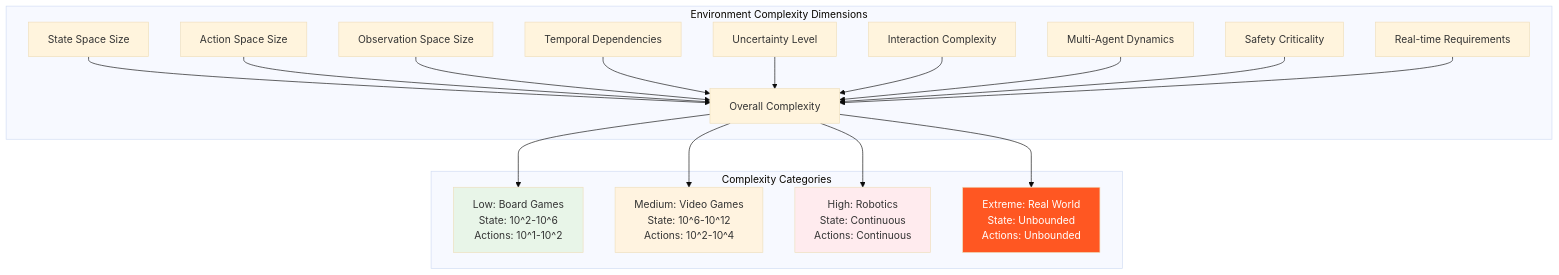
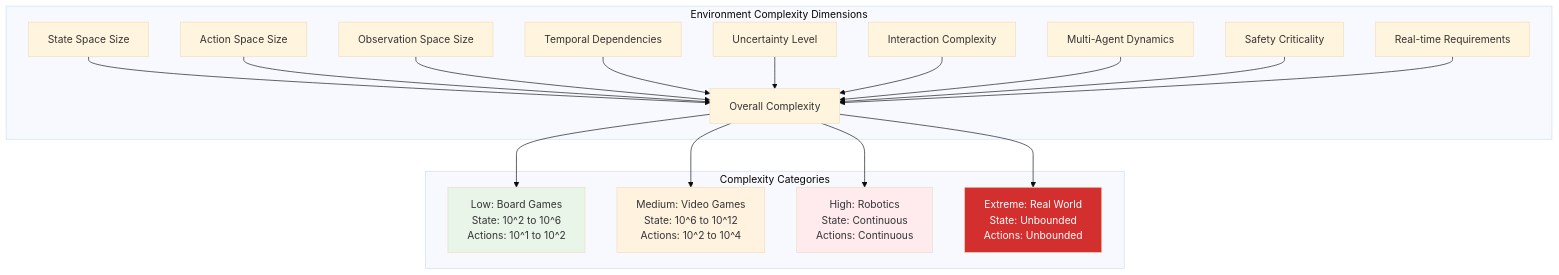
Before and after one commit to abstracted-m7/Data-Science: diagram 15 of 16 in Hand-Notes/Theory-AI-Basics/Environments/README.md, drawn with Mermaid (base theme). The commit also changed other lines of this file, not shown here.

````diff
--- a/Hand-Notes/Theory-AI-Basics/Environments/README.md
+++ b/Hand-Notes/Theory-AI-Basics/Environments/README.md
@@ -644,32 +644,32 @@
 ```mermaid
 graph TB
     subgraph "Environment Complexity Dimensions"
         A[State Space Size] --> F[Overall Complexity]
         B[Action Space Size] --> F
         C[Observation Space Size] --> F
         D[Temporal Dependencies] --> F
         E[Uncertainty Level] --> F
         
         G[Interaction Complexity] --> F
         H[Multi-Agent Dynamics] --> F
         I[Safety Criticality] --> F
         J[Real-time Requirements] --> F
     end
     
     subgraph "Complexity Categories"
-        K[Low: Board Games<br/>State: 10^2-10^6<br/>Actions: 10^1-10^2]
-        L[Medium: Video Games<br/>State: 10^6-10^12<br/>Actions: 10^2-10^4]
+        K[Low: Board Games<br/>State: 10^2 to 10^6<br/>Actions: 10^1 to 10^2]
+        L[Medium: Video Games<br/>State: 10^6 to 10^12<br/>Actions: 10^2 to 10^4]
         M[High: Robotics<br/>State: Continuous<br/>Actions: Continuous]
         N[Extreme: Real World<br/>State: Unbounded<br/>Actions: Unbounded]
     end
     
     F --> K
     F --> L
     F --> M
     F --> N
     
     style K fill:#e8f5e8
     style L fill:#fff3e0
     style M fill:#ffebee
-    style N fill:#ff5722,color:#fff
+    style N fill:#d32f2f,color:#fff
 ```
````
